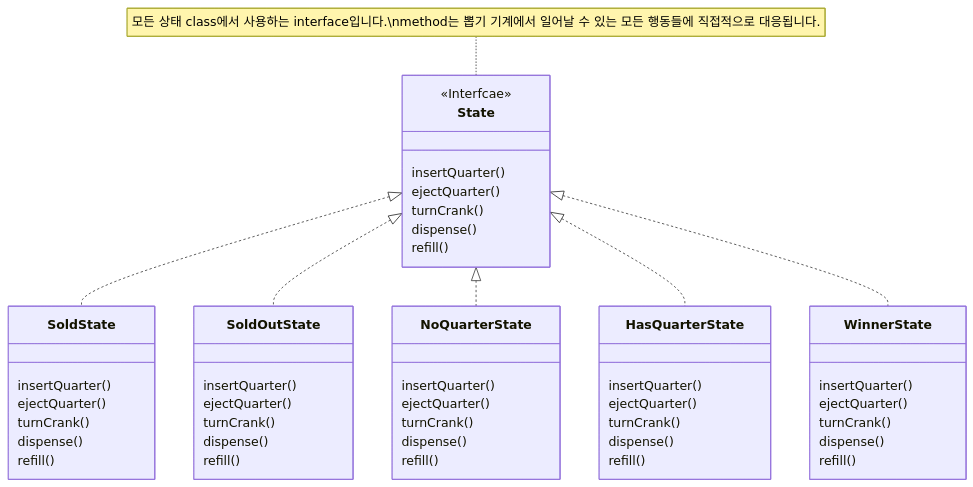
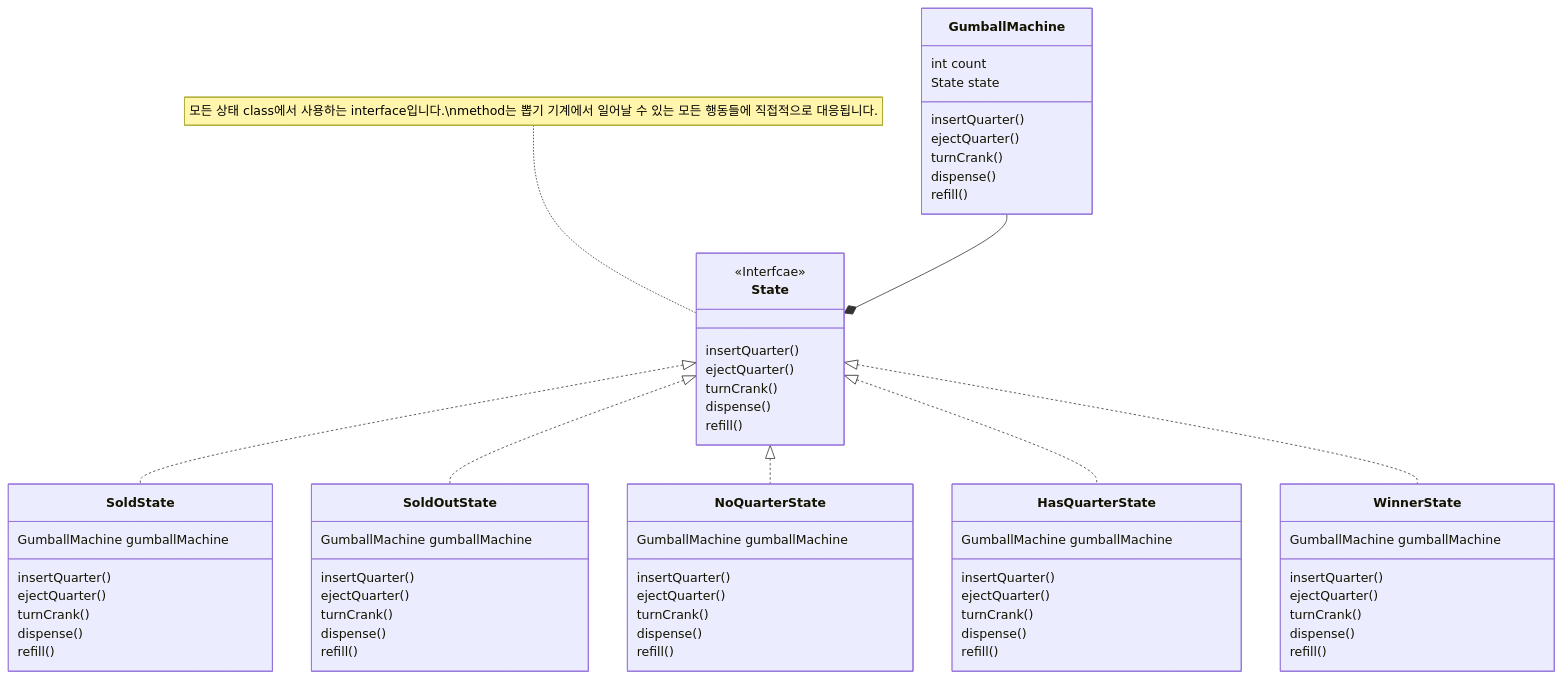
The sixth of 6 diagrams in _notes/design-pattern/state-pattern.md (choesimin/choesimin.github.io), drawn with Mermaid before and after one commit. The commit also changed other lines of this file and 1 other file, not shown here.

````diff
--- a/_notes/design-pattern/state-pattern.md
+++ b/_notes/design-pattern/state-pattern.md
@@ -143,62 +624,79 @@
 ```mermaid
 classDiagram
+
+class GumballMachine {
+    int count
+    State state
+    insertQuarter()
+    ejectQuarter()
+    turnCrank()
+    dispense()
+    refill()
+}
 
 class State {
     <<Interfcae>>
     insertQuarter()
     ejectQuarter()
     turnCrank()
     dispense()
     refill()
 }
 
 class SoldState {
+    GumballMachine gumballMachine
     insertQuarter()
     ejectQuarter()
     turnCrank()
     dispense()
     refill()
 }
 
 class SoldOutState {
+    GumballMachine gumballMachine
     insertQuarter()
     ejectQuarter()
     turnCrank()
     dispense()
     refill()
 }
 
 class NoQuarterState {
+    GumballMachine gumballMachine
     insertQuarter()
     ejectQuarter()
     turnCrank()
     dispense()
     refill()
 }
 
 class HasQuarterState {
+    GumballMachine gumballMachine
     insertQuarter()
     ejectQuarter()
     turnCrank()
     dispense()
     refill()
 }
 
 class WinnerState {
+    GumballMachine gumballMachine
     insertQuarter()
     ejectQuarter()
     turnCrank()
     dispense()
     refill()
 }
 
+
+GumballMachine --* State
 
 State <|.. SoldState
 State <|.. SoldOutState
 State <|.. NoQuarterState
 State <|.. HasQuarterState
 State <|.. WinnerState
 
 
 note for State "모든 상태 class에서 사용하는 interface입니다.\nmethod는 뽑기 기계에서 일어날 수 있는 모든 행동들에 직접적으로 대응됩니다."
 ```
````
